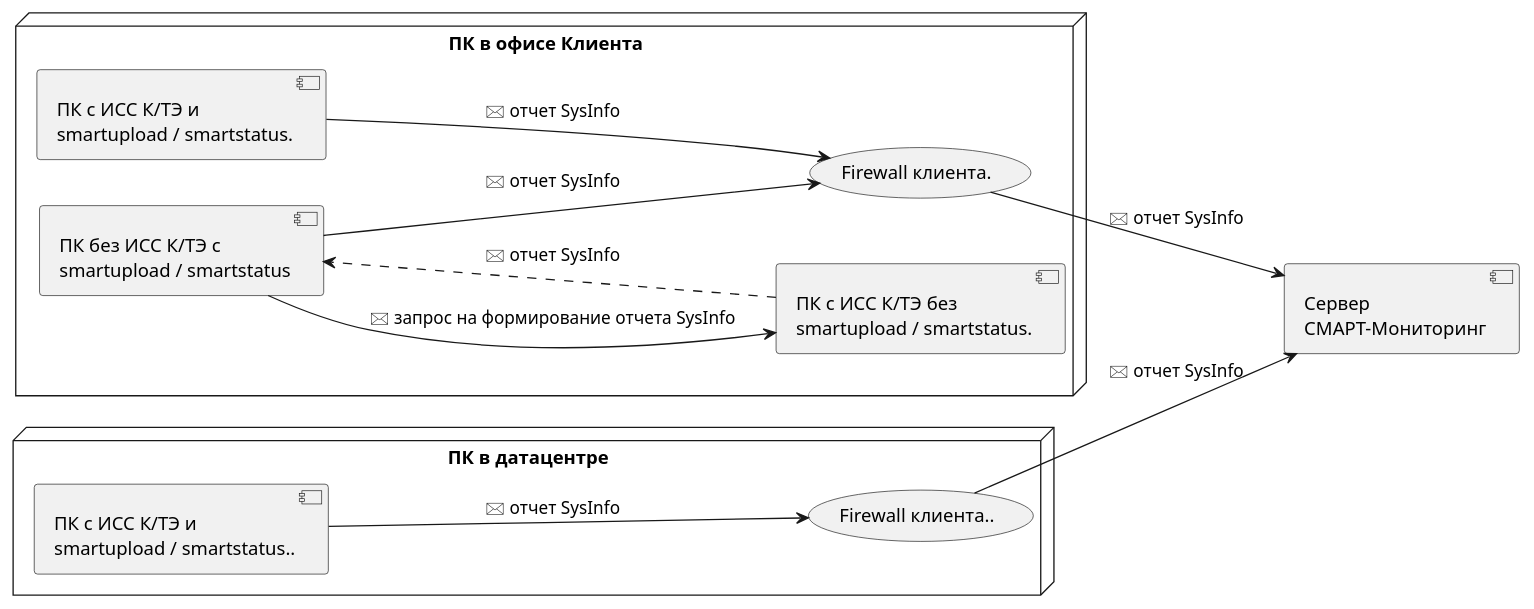
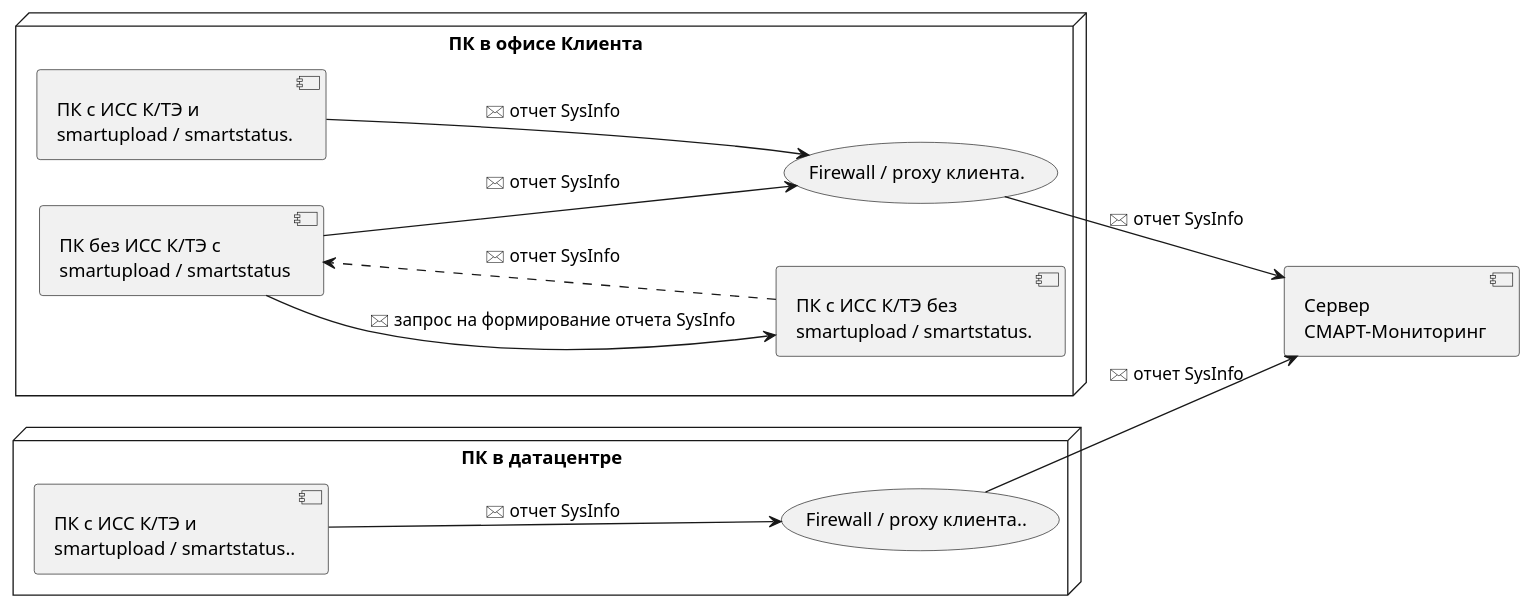
The diagram in docs/090-smartupload-smartstatus-client-cybersecurity.puml (ezombie/smart-kodeks-texpert), drawn with PlantUML before and after one commit. The commit also changed other lines of this file and 1 other file, not shown here.

```diff
--- a/docs/090-smartupload-smartstatus-client-cybersecurity.puml
+++ b/docs/090-smartupload-smartstatus-client-cybersecurity.puml
@@ -2,14 +2,14 @@
 @startuml firstDiagram
 left to right direction
 node "ПК в офисе Клиента" {
-    [ПК с ИСС К/ТЭ и\nsmartupload / smartstatus.] --> (Firewall клиента.): 🖂 отчет SysInfo
+    [ПК с ИСС К/ТЭ и\nsmartupload / smartstatus.] --> (Firewall / proxy клиента.): 🖂 отчет SysInfo
     [ПК с ИСС К/ТЭ без\nsmartupload / smartstatus.] ..> [ПК без ИСС К/ТЭ с\nsmartupload / smartstatus]: 🖂 отчет SysInfo
     [ПК без ИСС К/ТЭ с\nsmartupload / smartstatus] --> [ПК с ИСС К/ТЭ без\nsmartupload / smartstatus.]: 🖂 запрос на формирование отчета SysInfo
-    [ПК без ИСС К/ТЭ с\nsmartupload / smartstatus] --> (Firewall клиента.): 🖂 отчет SysInfo
+    [ПК без ИСС К/ТЭ с\nsmartupload / smartstatus] --> (Firewall / proxy клиента.): 🖂 отчет SysInfo
 }
 node "ПК в датацентре" {
-    [ПК с ИСС К/ТЭ и\nsmartupload / smartstatus..] --> (Firewall клиента..): 🖂 отчет SysInfo
+    [ПК с ИСС К/ТЭ и\nsmartupload / smartstatus..] --> (Firewall / proxy клиента..): 🖂 отчет SysInfo
 }
-[Сервер\nСМАРТ-Мониторинг] <-up- (Firewall клиента.): 🖂 отчет SysInfo
-[Сервер\nСМАРТ-Мониторинг] <-up- (Firewall клиента..): 🖂 отчет SysInfo
+[Сервер\nСМАРТ-Мониторинг] <-up- (Firewall / proxy клиента.): 🖂 отчет SysInfo
+[Сервер\nСМАРТ-Мониторинг] <-up- (Firewall / proxy клиента..): 🖂 отчет SysInfo
 @enduml
```
